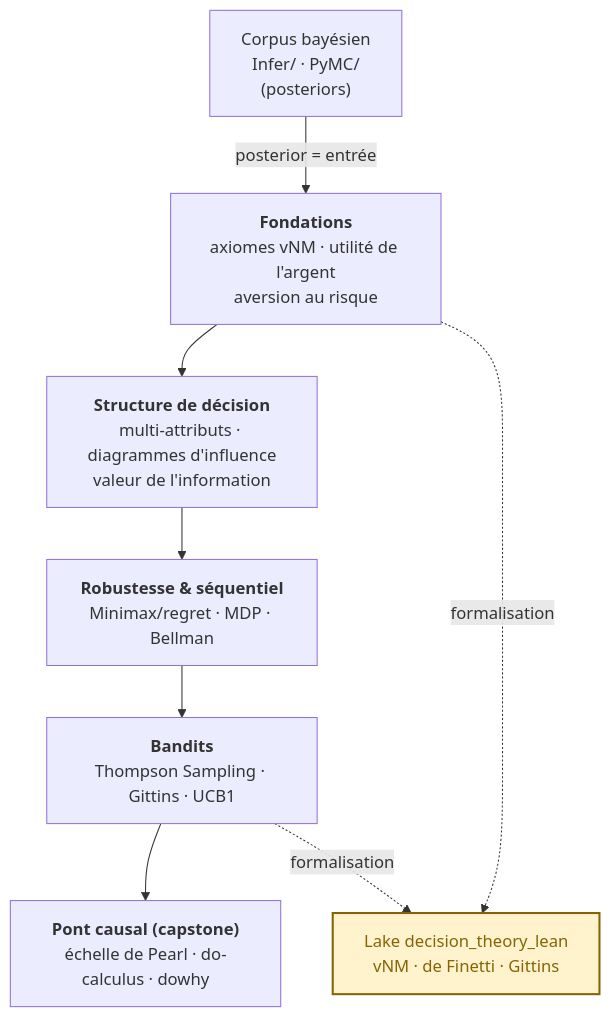
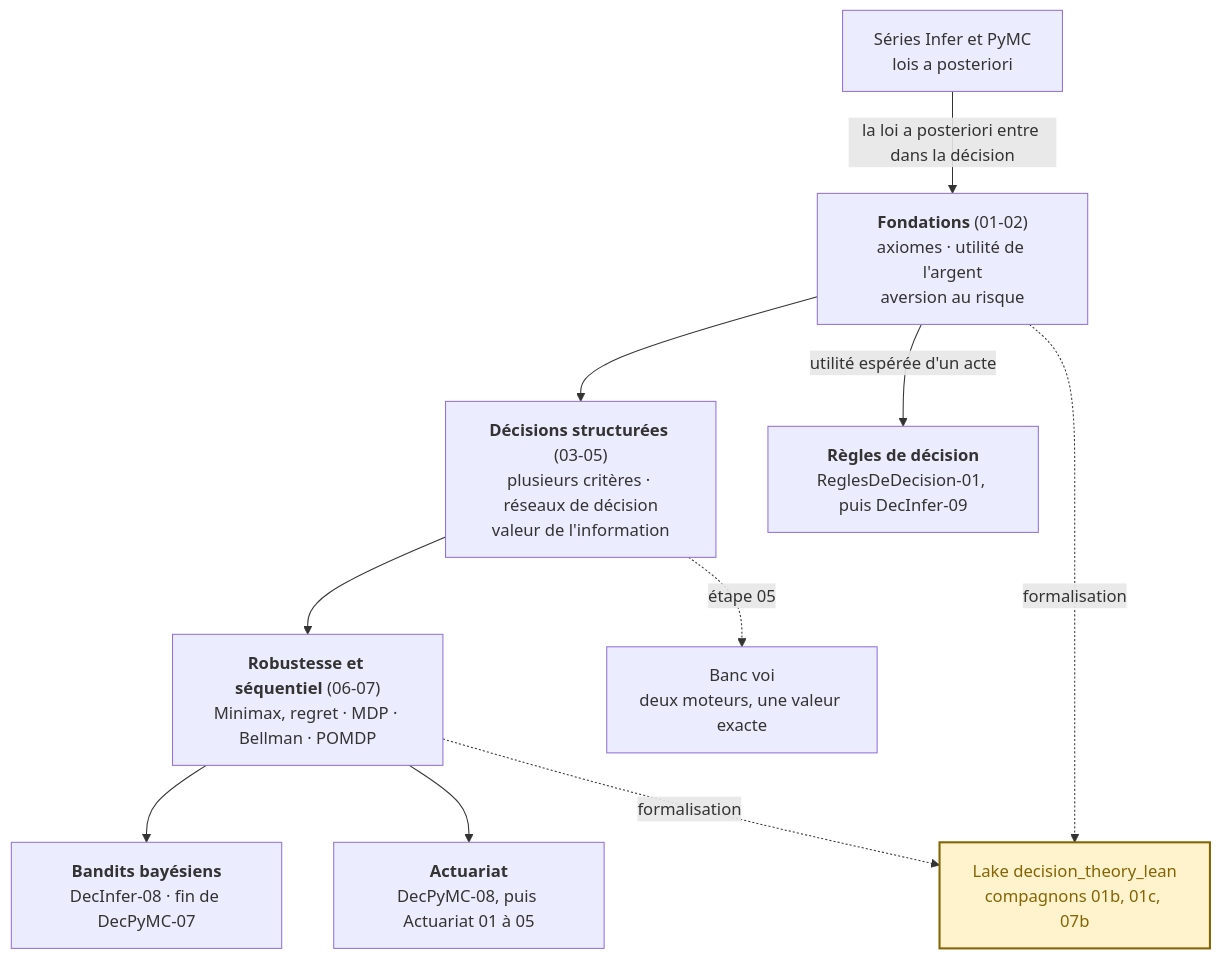
The diagram in MyIA.AI.Notebooks/Probas/DecisionTheory/README.md (jsboige/CoursIA), drawn with Mermaid before and after one commit. The commit also changed other lines of this file and 5 other files, not shown here.

First line of the commit message:
Docs(probas,#3973): reecriture ascendante des README Applications et DecisionTheory

````diff
--- a/MyIA.AI.Notebooks/Probas/DecisionTheory/README.md
+++ b/MyIA.AI.Notebooks/Probas/DecisionTheory/README.md
@@ -40,17 +34,22 @@
 ```mermaid
 flowchart TD
-    BAY["Corpus bayésien<br/>Infer/ · PyMC/<br/>(posteriors)"]
-    F["<b>Fondations</b><br/>axiomes vNM · utilité de l'argent<br/>aversion au risque"]
-    S["<b>Structure de décision</b><br/>multi-attributs · diagrammes d'influence<br/>valeur de l'information"]
-    R["<b>Robustesse & séquentiel</b><br/>Minimax/regret · MDP · Bellman"]
-    B["<b>Bandits</b><br/>Thompson Sampling · Gittins · UCB1"]
-    C["<b>Pont causal (capstone)</b><br/>échelle de Pearl · do-calculus · dowhy"]
-    LAKE["Lake decision_theory_lean<br/>vNM · de Finetti · Gittins"]
-    BAY -->|"posterior = entrée"| F
-    F --> S --> R --> B --> C
-    B -.->|"formalisation"| LAKE
+    BAY["Séries Infer et PyMC<br/>lois a posteriori"]
+    F["<b>Fondations</b> (01-02)<br/>axiomes · utilité de l'argent<br/>aversion au risque"]
+    S["<b>Décisions structurées</b> (03-05)<br/>plusieurs critères · réseaux de décision<br/>valeur de l'information"]
+    R["<b>Robustesse et séquentiel</b> (06-07)<br/>Minimax, regret · MDP · Bellman · POMDP"]
+    B["<b>Bandits bayésiens</b><br/>DecInfer-08 · fin de DecPyMC-07"]
+    ACT["<b>Actuariat</b><br/>DecPyMC-08, puis Actuariat 01 à 05"]
+    REG["<b>Règles de décision</b><br/>ReglesDeDecision-01, puis DecInfer-09"]
+    VOI["Banc voi<br/>deux moteurs, une valeur exacte"]
+    LAKE["Lake decision_theory_lean<br/>compagnons 01b, 01c, 07b"]
+    BAY -->|"la loi a posteriori entre dans la décision"| F
+    F --> S --> R --> B
+    R --> ACT
+    F -->|"utilité espérée d'un acte"| REG
+    S -.->|"étape 05"| VOI
     F -.->|"formalisation"| LAKE
-    %% color: explicite -- sans lui, libelle clair sur fond clair en mode sombre GitHub (#15022) ; ne pas harmoniser le ton avec le stroke (libelle sinon illisible)
+    R -.->|"formalisation"| LAKE
+    %% color: explicite -- sans lui, libelle clair sur fond clair en mode sombre GitHub ; ne pas harmoniser le ton avec le stroke (libelle sinon illisible)
     classDef lean fill:#fff3cd,stroke:#856404,stroke-width:2px,color:#856404;
     class LAKE lean;
 ```
````
